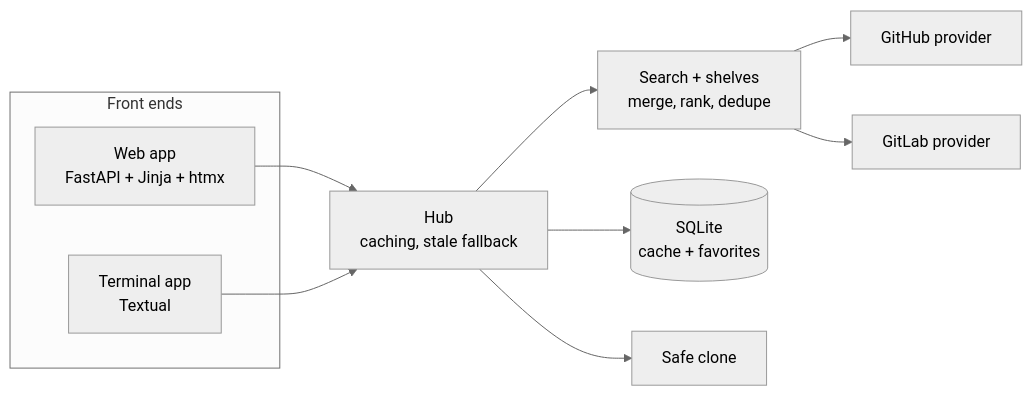
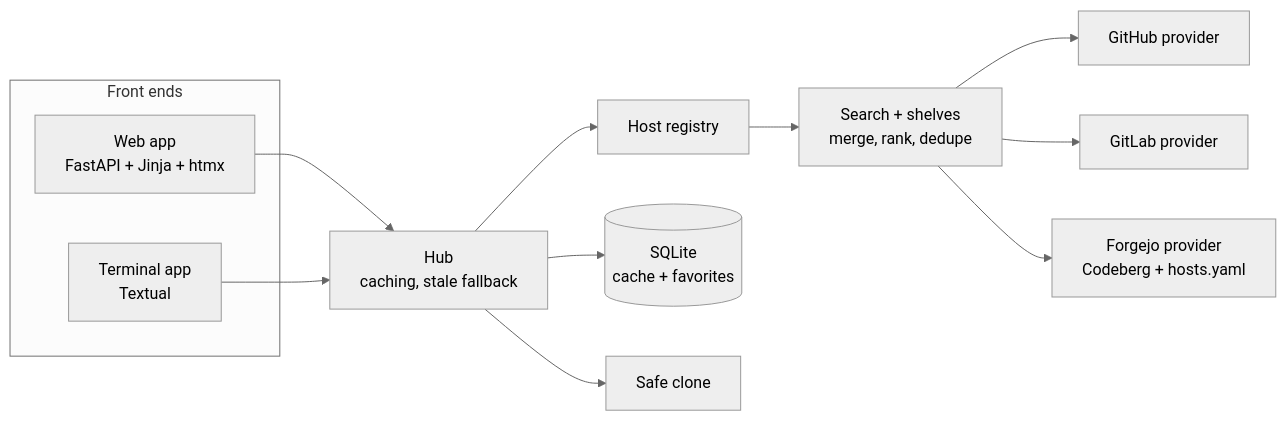
One commit to DaRipper91/repohub changed the diagram in README.md. Above: the diagram before and after it, drawn with Mermaid (neutral theme). The commit also changed other lines of this file and 4 other files, not shown here.

Commit message:
docs: document hosts, Codeberg and the hosts file

````diff
--- a/README.md
+++ b/README.md
@@ -232,14 +291,16 @@
 ```mermaid
 flowchart LR
   subgraph front ["Front ends"]
     W["Web app<br/>FastAPI + Jinja + htmx"]
     T["Terminal app<br/>Textual"]
   end
   W --> H["Hub<br/>caching, stale fallback"]
   T --> H
-  H --> S["Search + shelves<br/>merge, rank, dedupe"]
+  H --> R["Host registry"]
+  R --> S["Search + shelves<br/>merge, rank, dedupe"]
   S --> GH["GitHub provider"]
   S --> GL["GitLab provider"]
+  S --> FJ["Forgejo provider<br/>Codeberg + hosts.yaml"]
   H --> DB[("SQLite<br/>cache + favorites")]
   H --> CL["Safe clone"]
 ```
````
